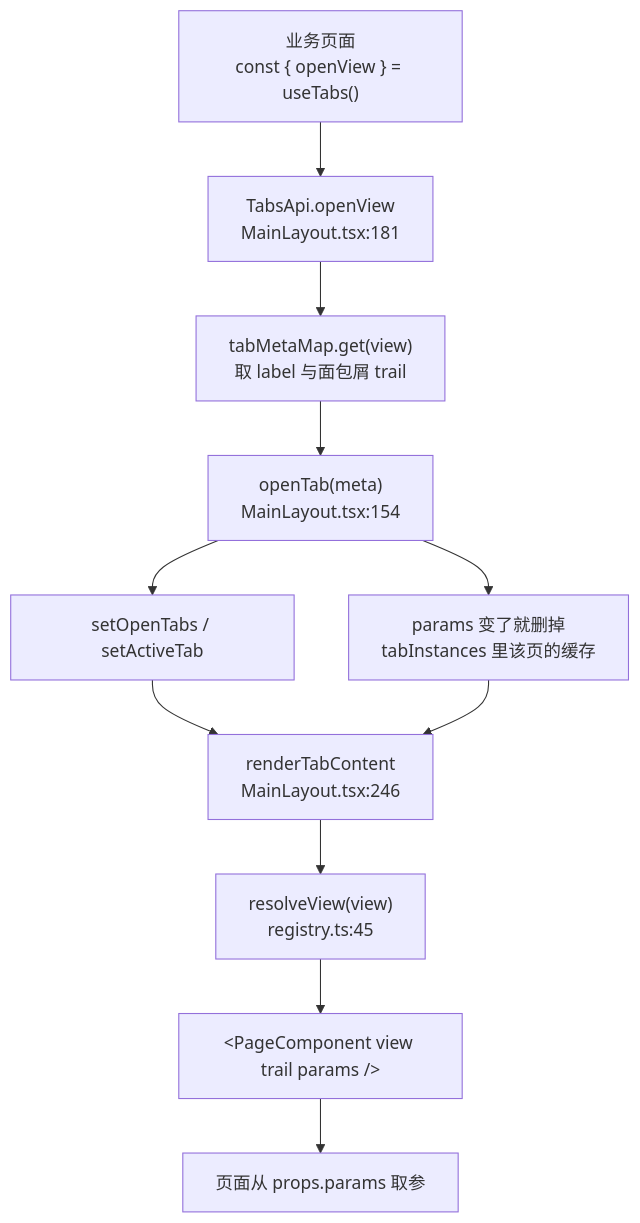
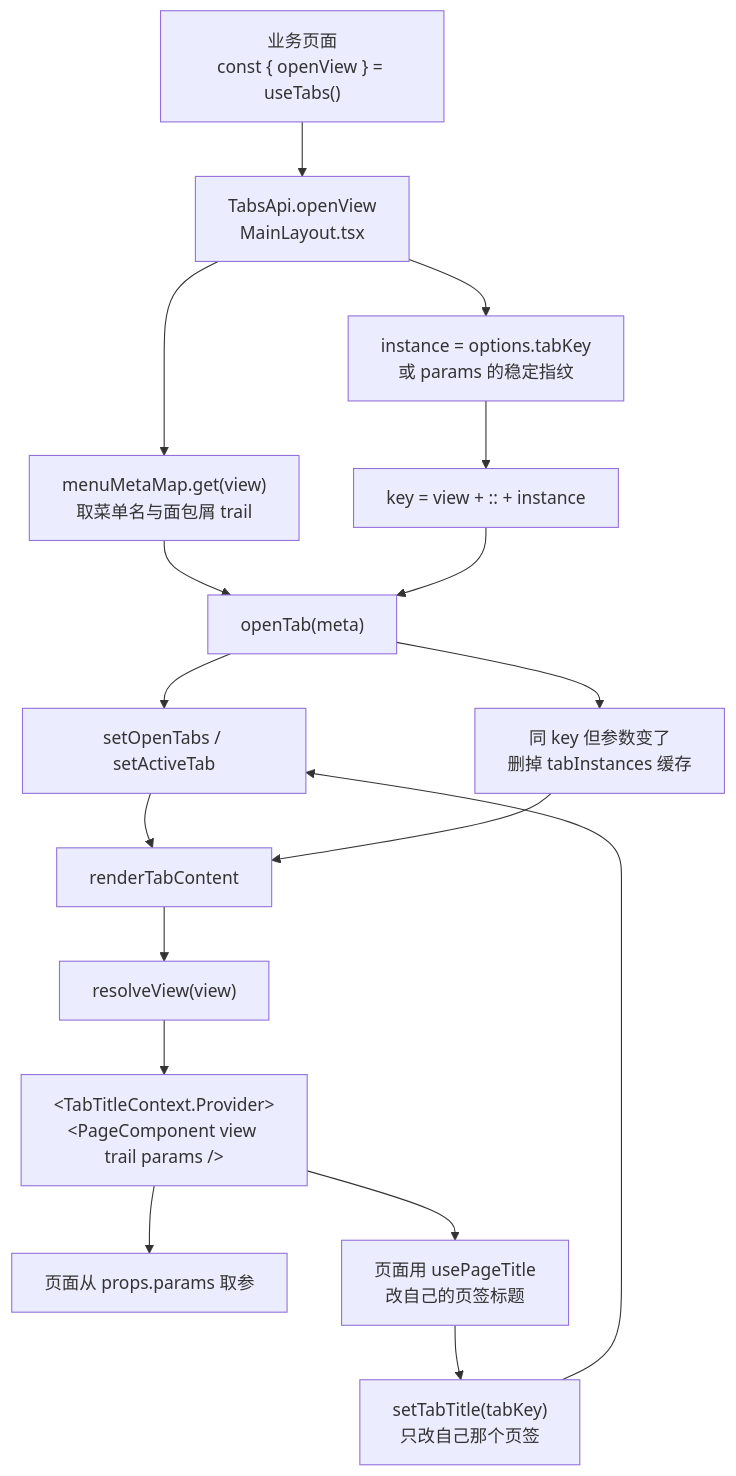
The diagram in docs/页面跳转与传参.md (kinwyb/bodaApp), drawn with Mermaid before and after one commit. The commit also changed other lines of this file and 5 other files, not shown here.

````diff
--- a/docs/页面跳转与传参.md
+++ b/docs/页面跳转与传参.md
@@ -117,13 +169,19 @@
 ```mermaid
 flowchart TD
-    A["业务页面<br/>const { openView } = useTabs()"] --> B["TabsApi.openView<br/>MainLayout.tsx:181"]
-    B --> C["tabMetaMap.get(view)<br/>取 label 与面包屑 trail"]
-    C --> D["openTab(meta)<br/>MainLayout.tsx:154"]
+    A["业务页面<br/>const { openView } = useTabs()"] --> B["TabsApi.openView<br/>MainLayout.tsx"]
+    B --> C["menuMetaMap.get(view)<br/>取菜单名与面包屑 trail"]
+    B --> K["instance = options.tabKey<br/>或 params 的稳定指纹"]
+    K --> L["key = view + :: + instance"]
+    C --> D["openTab(meta)"]
+    L --> D
     D --> E["setOpenTabs / setActiveTab"]
-    D --> F["params 变了就删掉<br/>tabInstances 里该页的缓存"]
-    E --> G["renderTabContent<br/>MainLayout.tsx:246"]
+    D --> F["同 key 但参数变了<br/>删掉 tabInstances 缓存"]
+    E --> G["renderTabContent"]
     F --> G
-    G --> H["resolveView(view)<br/>registry.ts:45"]
-    H --> I["&lt;PageComponent view trail params /&gt;"]
+    G --> H["resolveView(view)"]
+    H --> I["&lt;TabTitleContext.Provider&gt;<br/>&lt;PageComponent view trail params /&gt;"]
     I --> J["页面从 props.params 取参"]
+    I --> K2["页面用 usePageTitle<br/>改自己的页签标题"]
+    K2 --> M["setTabTitle(tabKey)<br/>只改自己那个页签"]
+    M --> E
 ```
````
